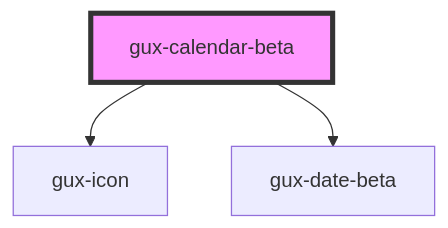
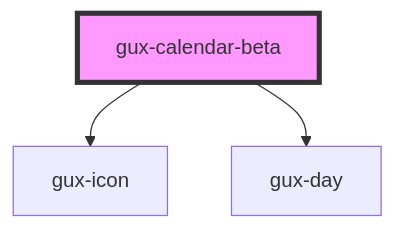
The diagram in packages/genesys-spark-components/src/components/beta/gux-calendar-beta/components/single/readme.md (MyPureCloud/genesys-spark), drawn with Mermaid before and after one commit. The commit also changed other lines of this file and 13 other files, not shown here.

````diff
--- a/packages/genesys-spark-components/src/components/beta/gux-calendar-beta/components/single/readme.md
+++ b/packages/genesys-spark-components/src/components/beta/gux-calendar-beta/components/single/readme.md
@@ -16,6 +16,6 @@
 ```mermaid
 graph TD;
   gux-calendar-beta --> gux-icon
-  gux-calendar-beta --> gux-date-beta
+  gux-calendar-beta --> gux-day
   style gux-calendar-beta fill:#f9f,stroke:#333,stroke-width:4px
 ```
````
